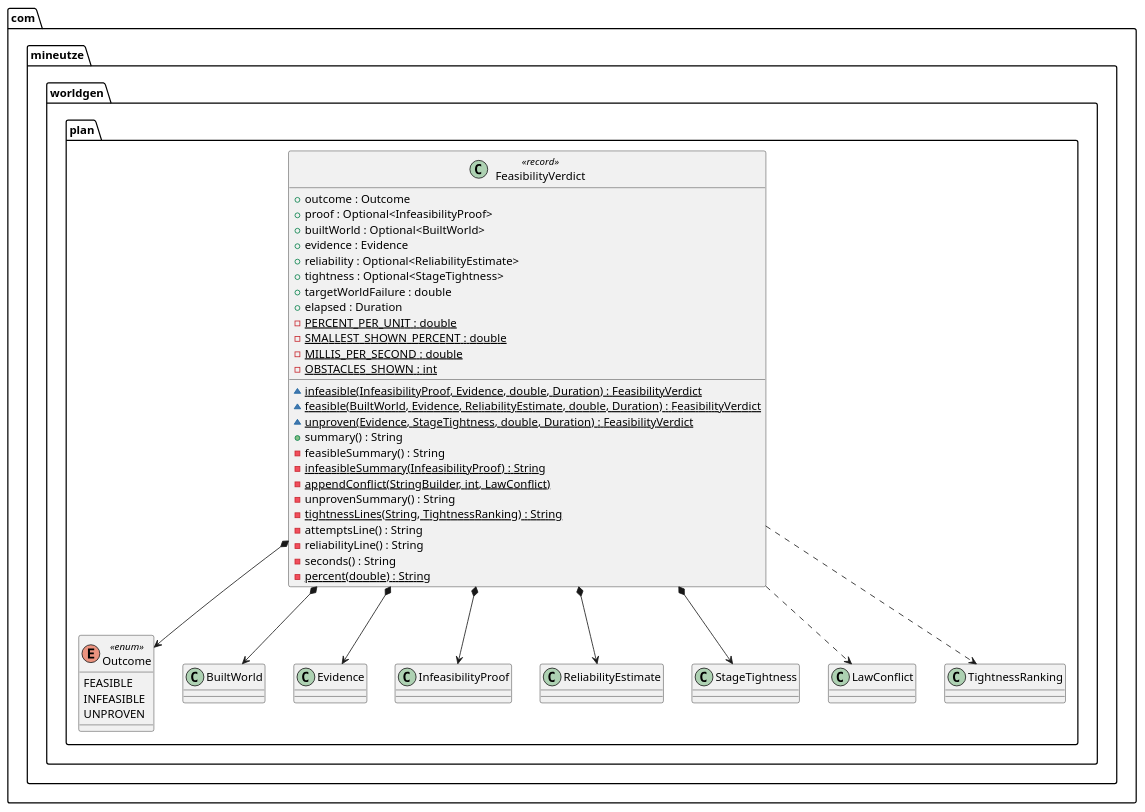
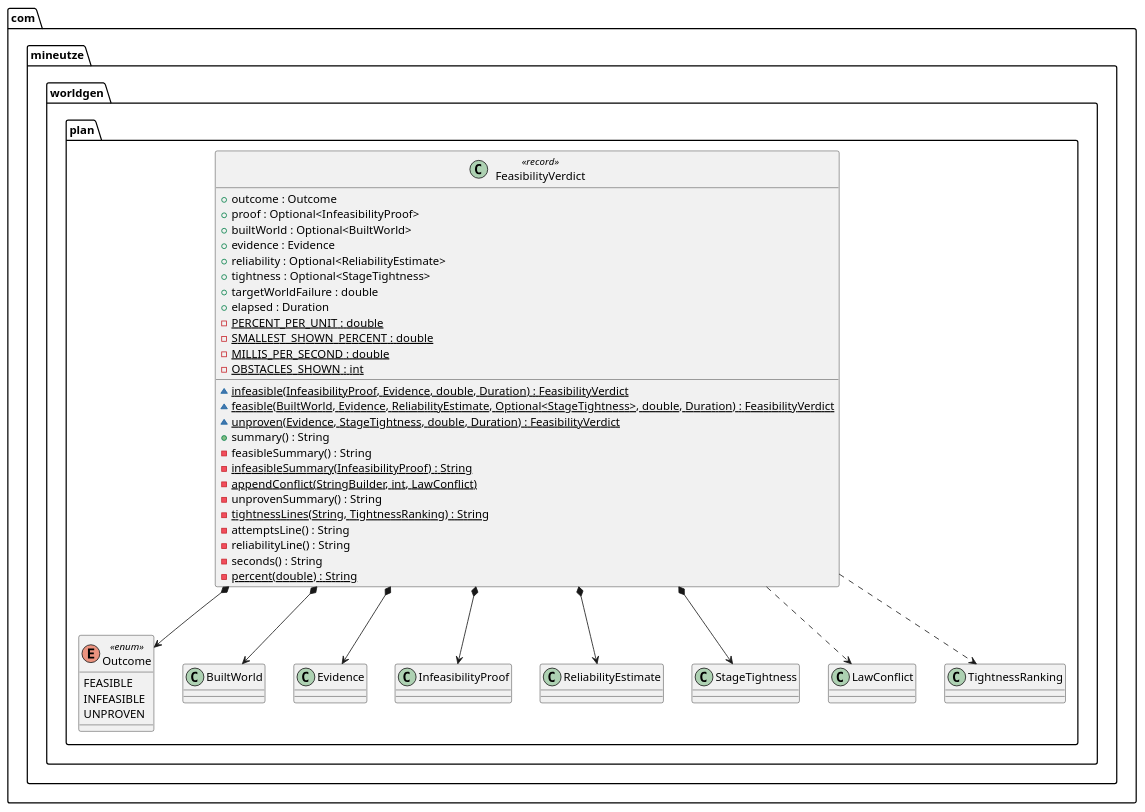
One commit to Boulede987/Mine-Utz changed the diagram in companion-mods/mineutze-worldgen/doc/Modelisation/Fragments-Full/com/mineutze/worldgen/plan/FeasibilityVerdict.puml. Above: the diagram before and after it, drawn with PlantUML. The commit also changed 31 other files, not shown here.

Commit message:
docs(worldgen): regenerate class diagrams for ranking that follows the graph

```diff
--- a/companion-mods/mineutze-worldgen/doc/Modelisation/Fragments-Full/com/mineutze/worldgen/plan/FeasibilityVerdict.puml
+++ b/companion-mods/mineutze-worldgen/doc/Modelisation/Fragments-Full/com/mineutze/worldgen/plan/FeasibilityVerdict.puml
@@ -1,43 +1,43 @@
 namespace com.mineutze.worldgen.plan {
 class FeasibilityVerdict <<record>> {
   + outcome : Outcome
   + proof : Optional<InfeasibilityProof>
   + builtWorld : Optional<BuiltWorld>
   + evidence : Evidence
   + reliability : Optional<ReliabilityEstimate>
   + tightness : Optional<StageTightness>
   + targetWorldFailure : double
   + elapsed : Duration
   - {static} PERCENT_PER_UNIT : double
   - {static} SMALLEST_SHOWN_PERCENT : double
   - {static} MILLIS_PER_SECOND : double
   - {static} OBSTACLES_SHOWN : int
   ~ {static} infeasible(InfeasibilityProof, Evidence, double, Duration) : FeasibilityVerdict
-  ~ {static} feasible(BuiltWorld, Evidence, ReliabilityEstimate, double, Duration) : FeasibilityVerdict
+  ~ {static} feasible(BuiltWorld, Evidence, ReliabilityEstimate, Optional<StageTightness>, double, Duration) : FeasibilityVerdict
   ~ {static} unproven(Evidence, StageTightness, double, Duration) : FeasibilityVerdict
   + summary() : String
   - feasibleSummary() : String
   - {static} infeasibleSummary(InfeasibilityProof) : String
   - {static} appendConflict(StringBuilder, int, LawConflict)
   - unprovenSummary() : String
   - {static} tightnessLines(String, TightnessRanking) : String
   - attemptsLine() : String
   - reliabilityLine() : String
   - seconds() : String
   - {static} percent(double) : String
 }
 enum Outcome <<enum>> {
   FEASIBLE
   INFEASIBLE
   UNPROVEN
 }
 }
 
 com.mineutze.worldgen.plan.FeasibilityVerdict *--> com.mineutze.worldgen.plan.BuiltWorld
 com.mineutze.worldgen.plan.FeasibilityVerdict *--> com.mineutze.worldgen.plan.Evidence
 com.mineutze.worldgen.plan.FeasibilityVerdict *--> com.mineutze.worldgen.plan.InfeasibilityProof
 com.mineutze.worldgen.plan.FeasibilityVerdict *--> com.mineutze.worldgen.plan.Outcome
 com.mineutze.worldgen.plan.FeasibilityVerdict *--> com.mineutze.worldgen.plan.ReliabilityEstimate
 com.mineutze.worldgen.plan.FeasibilityVerdict *--> com.mineutze.worldgen.plan.StageTightness
 com.mineutze.worldgen.plan.FeasibilityVerdict ..> com.mineutze.worldgen.plan.LawConflict
 com.mineutze.worldgen.plan.FeasibilityVerdict ..> com.mineutze.worldgen.plan.TightnessRanking
```
